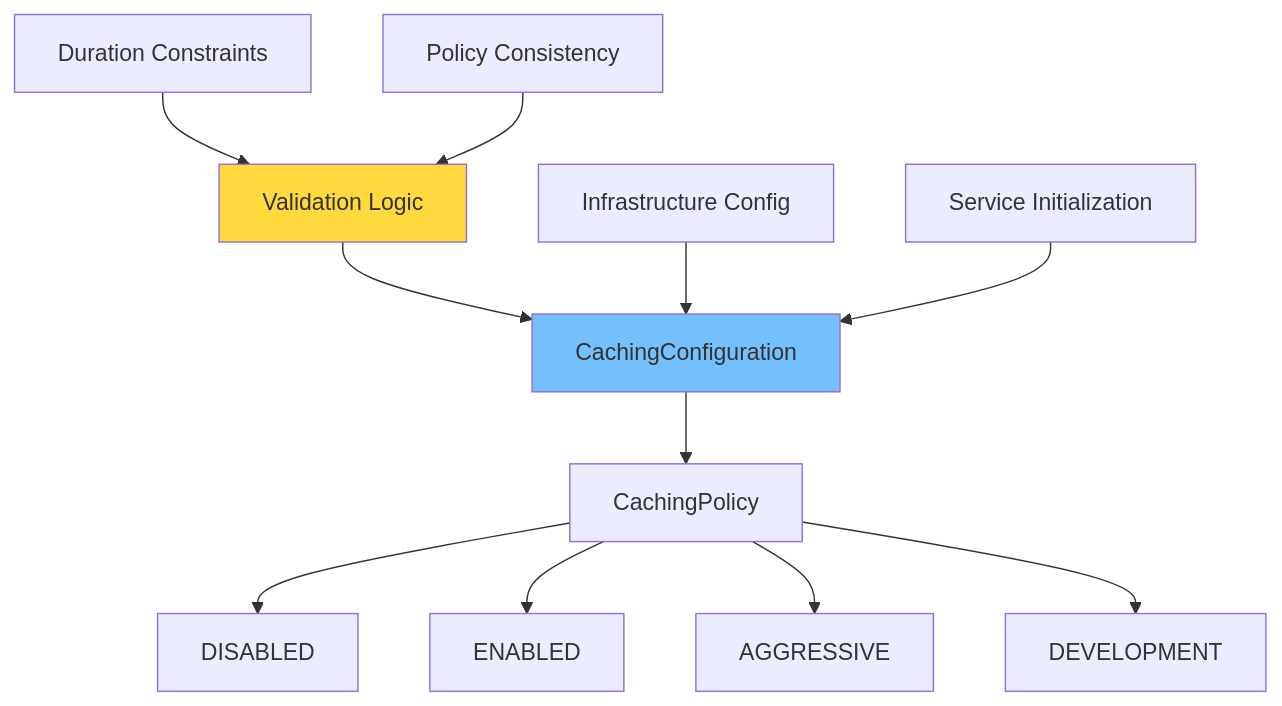
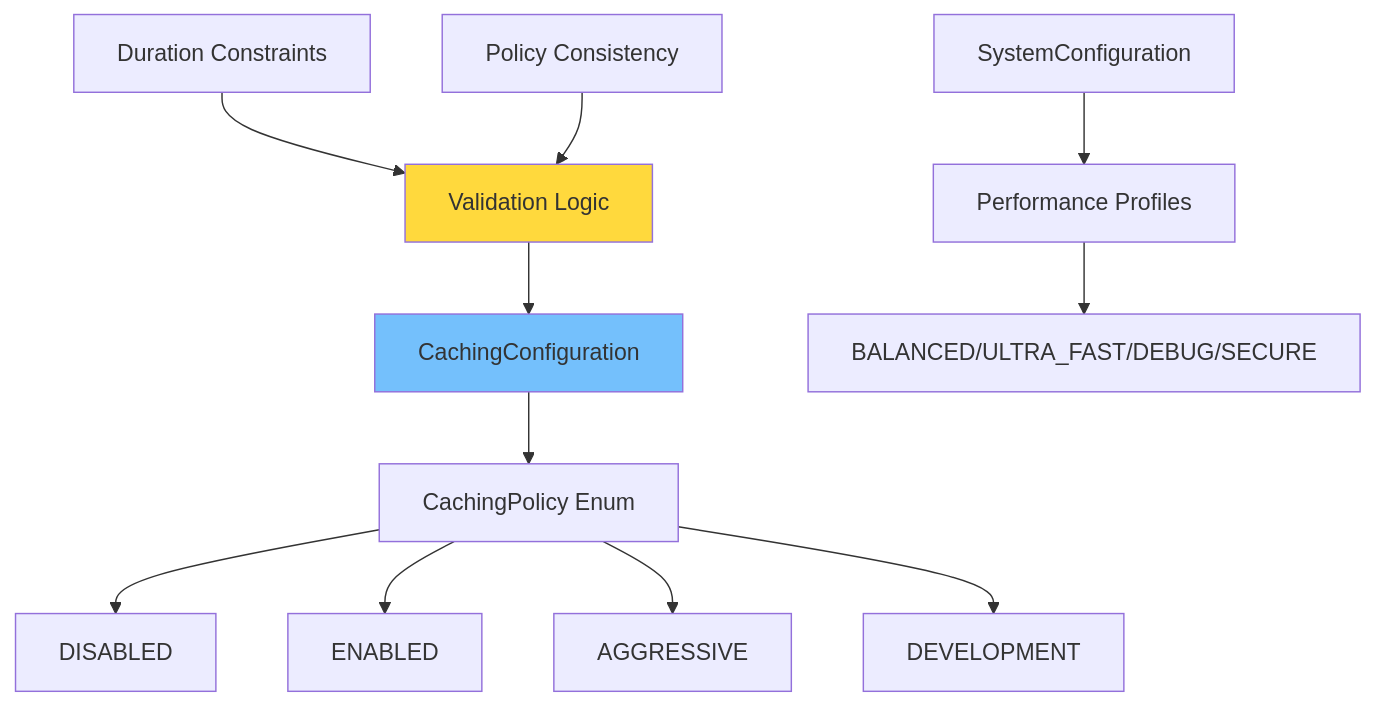
Before and after one commit to plataplomo/hummingbot: the fourth of 11 diagrams in workflow/cache_refactor/01_first_look.md, drawn with Mermaid. The commit also changed other lines of this file and 3 other files, not shown here.

Commit message:
docs: Update cache architecture documents to reflect enhancements and simplifications in event-driven integration strategy

````diff
--- a/workflow/cache_refactor/01_first_look.md
+++ b/workflow/cache_refactor/01_first_look.md
@@ -122,18 +116,18 @@
 ```mermaid
 graph TD
-    A[CachingConfiguration] --> B[CachingPolicy]
+    A[CachingConfiguration] --> B[CachingPolicy Enum]
     B --> C[DISABLED]
     B --> D[ENABLED]
     B --> E[AGGRESSIVE]
     B --> F[DEVELOPMENT]
 
     G[Validation Logic] --> A
     H[Duration Constraints] --> G
     I[Policy Consistency] --> G
 
-    J[Infrastructure Config] --> A
-    K[Service Initialization] --> A
+    J[SystemConfiguration] --> K[Performance Profiles]
+    K --> L[BALANCED/ULTRA_FAST/DEBUG/SECURE]
 
     style A fill:#74c0fc,color:#333
     style G fill:#ffd93d,color:#333
 ```
````
